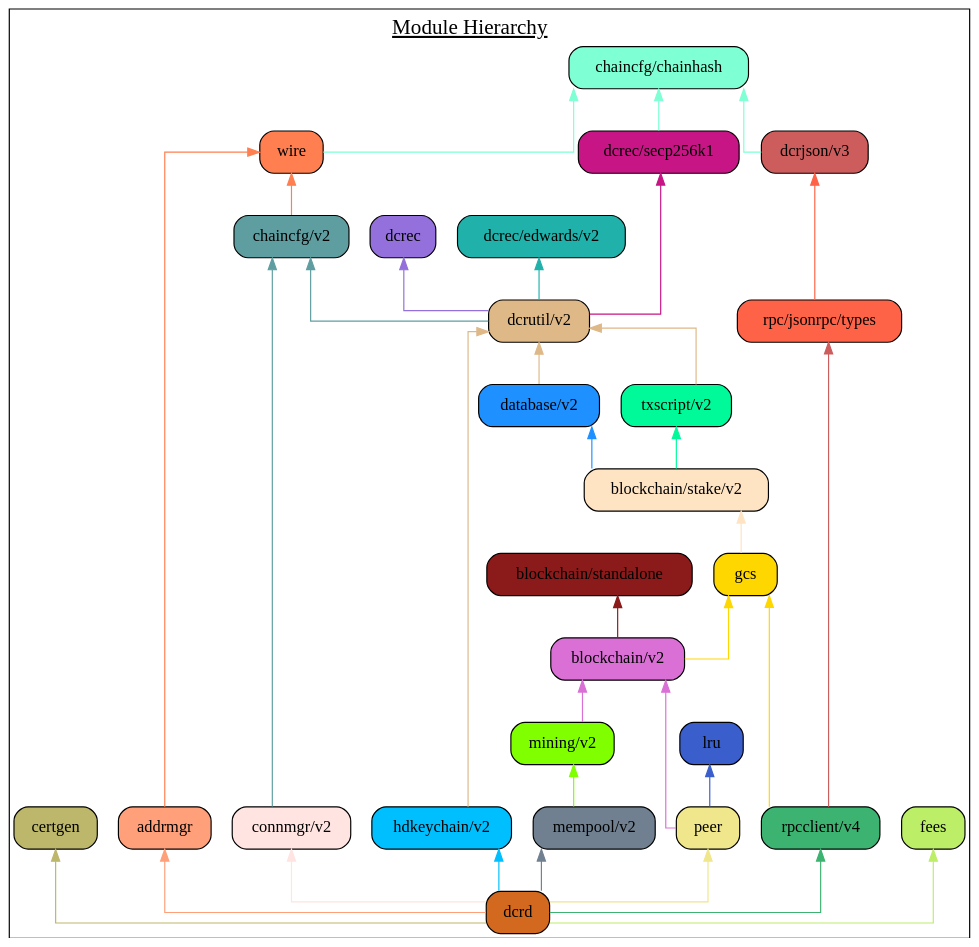
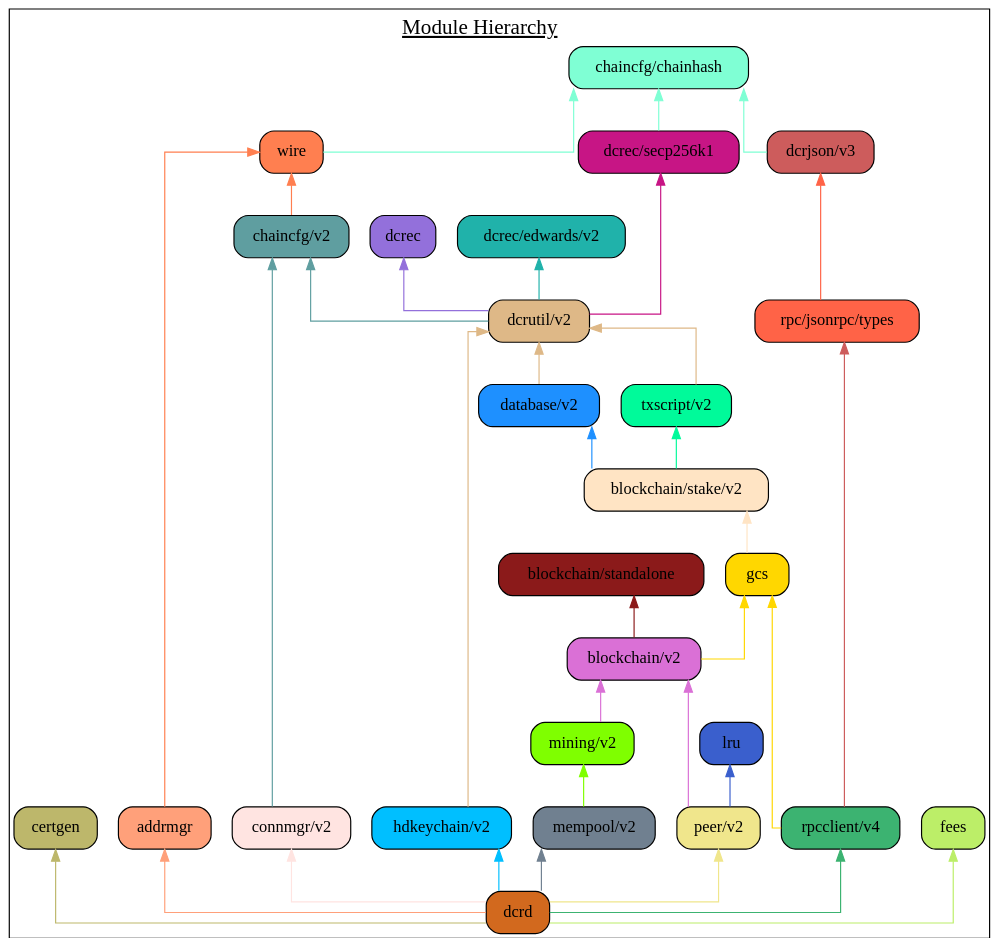
Before and after one commit to decred/dcrd: the diagram in docs/assets/module_hierarchy.gv, drawn with Graphviz. The commit also changed 2 other files, not shown here.

Commit message:
docs: Update for peer v2 module.

```diff
--- a/docs/assets/module_hierarchy.gv
+++ b/docs/assets/module_hierarchy.gv
@@ -1,69 +1,69 @@
 digraph {
 	graph [splines=ortho colorscheme=svg label=<<u>Module Hierarchy</u>> labelloc=t fontsize=18.0]
 	node [shape=box style="filled, rounded"]
 
 	certgen [label="certgen" fillcolor=darkkhaki]
 	chainhash [label="chaincfg/chainhash" fillcolor=aquamarine]
 	dcrjson [label="dcrjson/v3" fillcolor=indianred]
 	types [label="rpc/jsonrpc/types" fillcolor=tomato]
 	wire [label="wire" fillcolor=coral]
 	addrmgr [label="addrmgr" fillcolor=lightsalmon]
 	chaincfg [label="chaincfg/v2" fillcolor=cadetblue]
 	connmgr [label="connmgr/v2" fillcolor=mistyrose]
 	dcrec [label="dcrec" fillcolor=mediumpurple]
 	edwards [label="dcrec/edwards/v2" fillcolor=lightseagreen]
 	secp256k1 [label="dcrec/secp256k1" fillcolor=mediumvioletred]
 	dcrutil [label="dcrutil/v2" fillcolor=burlywood]
 	database [label="database/v2" fillcolor=dodgerblue]
 	hdkeychain [label="hdkeychain/v2" fillcolor=deepskyblue]
 	txscript [label="txscript/v2" fillcolor=mediumspringgreen]
 	stake [label="blockchain/stake/v2" fillcolor=bisque]
 	standalone [label="blockchain/standalone" fillcolor=firebrick4]
 	gcs [label="gcs" fillcolor=gold]
 	blockchain [label="blockchain/v2" fillcolor=orchid]
 	mempool [label="mempool/v2" fillcolor=slategray]
 	mining [label="mining/v2" fillcolor=chartreuse]
 	lru  [label="lru" fillcolor=royalblue3]
-	peer [label="peer" fillcolor=khaki]
+	peer [label="peer/v2" fillcolor=khaki]
 	rpcclient [label="rpcclient/v4" fillcolor=mediumseagreen]
 	fees [label="fees" fillcolor=darkolivegreen2]
 	dcrd [label="dcrd" fillcolor=chocolate]
 
 	{rank=same connmgr addrmgr hdkeychain peer rpcclient mempool}
 
 	certgen
 	chainhash -> dcrjson [dir=back color=aquamarine]
 	chainhash -> wire [dir=back color=aquamarine]
 	wire -> addrmgr [dir=back color=coral]
 	wire -> chaincfg [dir=back color=coral]
 	chaincfg -> connmgr [dir=back color=cadetblue]
 	chainhash -> secp256k1 [dir=back color=aquamarine]
 	chaincfg -> dcrutil [dir=back color=cadetblue]
 	dcrec -> dcrutil [dir=back color=mediumpurple]
 	edwards ->  dcrutil [dir=back color=lightseagreen]
 	secp256k1 ->  dcrutil [dir=back color=mediumvioletred]
 	dcrutil -> database [dir=back color=burlywood]
 	dcrutil -> hdkeychain [dir=back color=burlywood]
 	dcrutil -> txscript [dir=back color=burlywood]
 	database ->  stake [dir=back color=dodgerblue]
 	txscript -> stake [dir=back color=mediumspringgreen]
 	stake -> gcs [dir=back color=bisque]
 	standalone -> blockchain [dir=back color=firebrick4]
 	gcs -> blockchain [dir=back color=gold]
 	gcs -> rpcclient [dir=back color=gold]
 	blockchain -> mining [dir=back color=orchid]
 	mining -> mempool [dir=back color=chartreuse]
 	lru -> peer [dir=back color=royalblue3]
 	blockchain -> peer [dir=back color=orchid]
 	dcrjson -> types [dir=back color=tomato]
 	types -> rpcclient [dir=back color=indianred]
 
 	fees -> dcrd [dir=back color=darkolivegreen2]
 	mempool -> dcrd [dir=back color=slategray]
 	certgen -> dcrd [dir=back color=darkkhaki]
 	addrmgr -> dcrd [dir=back color=lightsalmon]
 	hdkeychain -> dcrd [dir=back color=deepskyblue]
 	connmgr -> dcrd [dir=back color=mistyrose]
 	rpcclient -> dcrd [dir=back color=mediumseagreen]
 	peer -> dcrd [dir=back color=khaki]
 }
```
